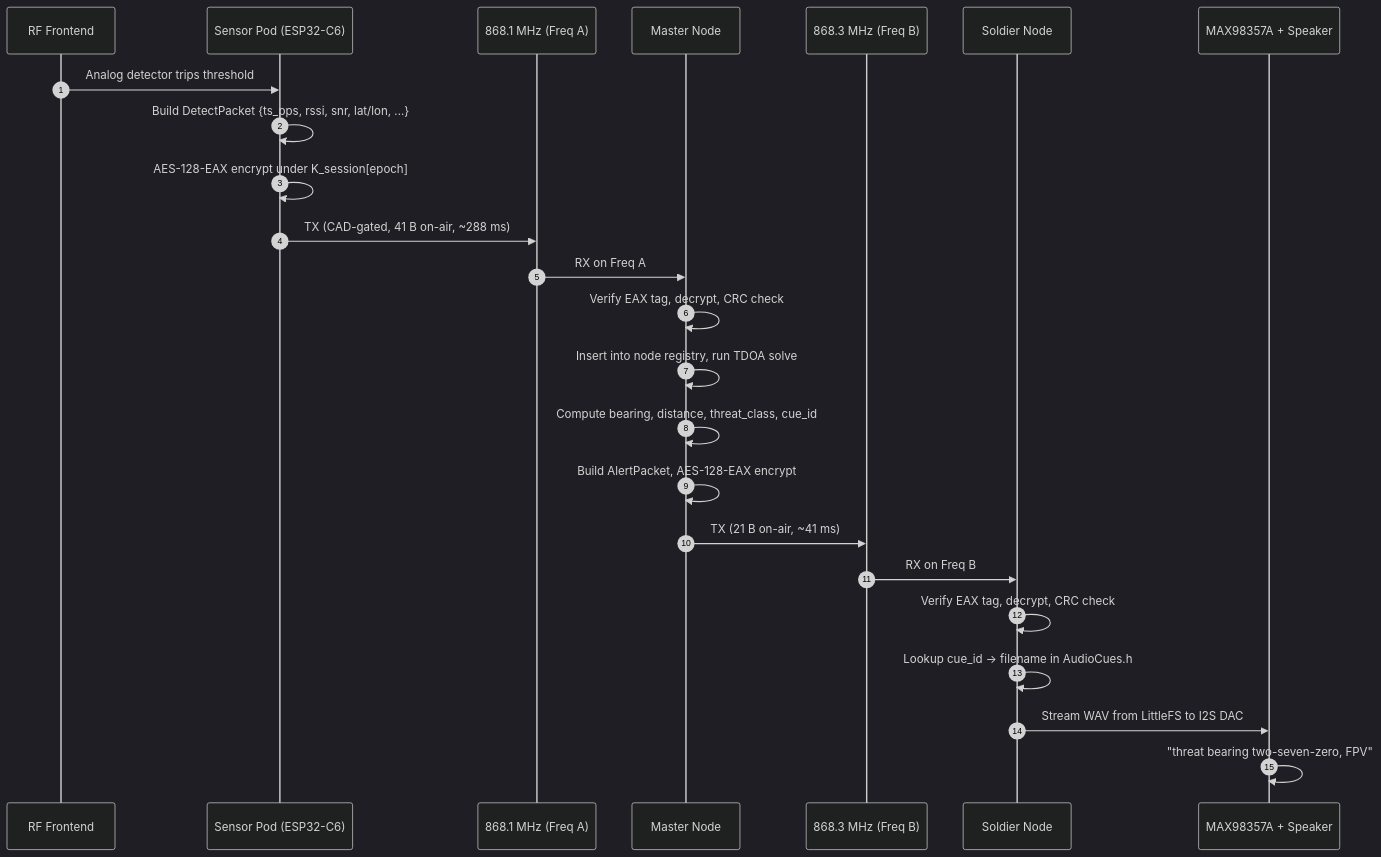
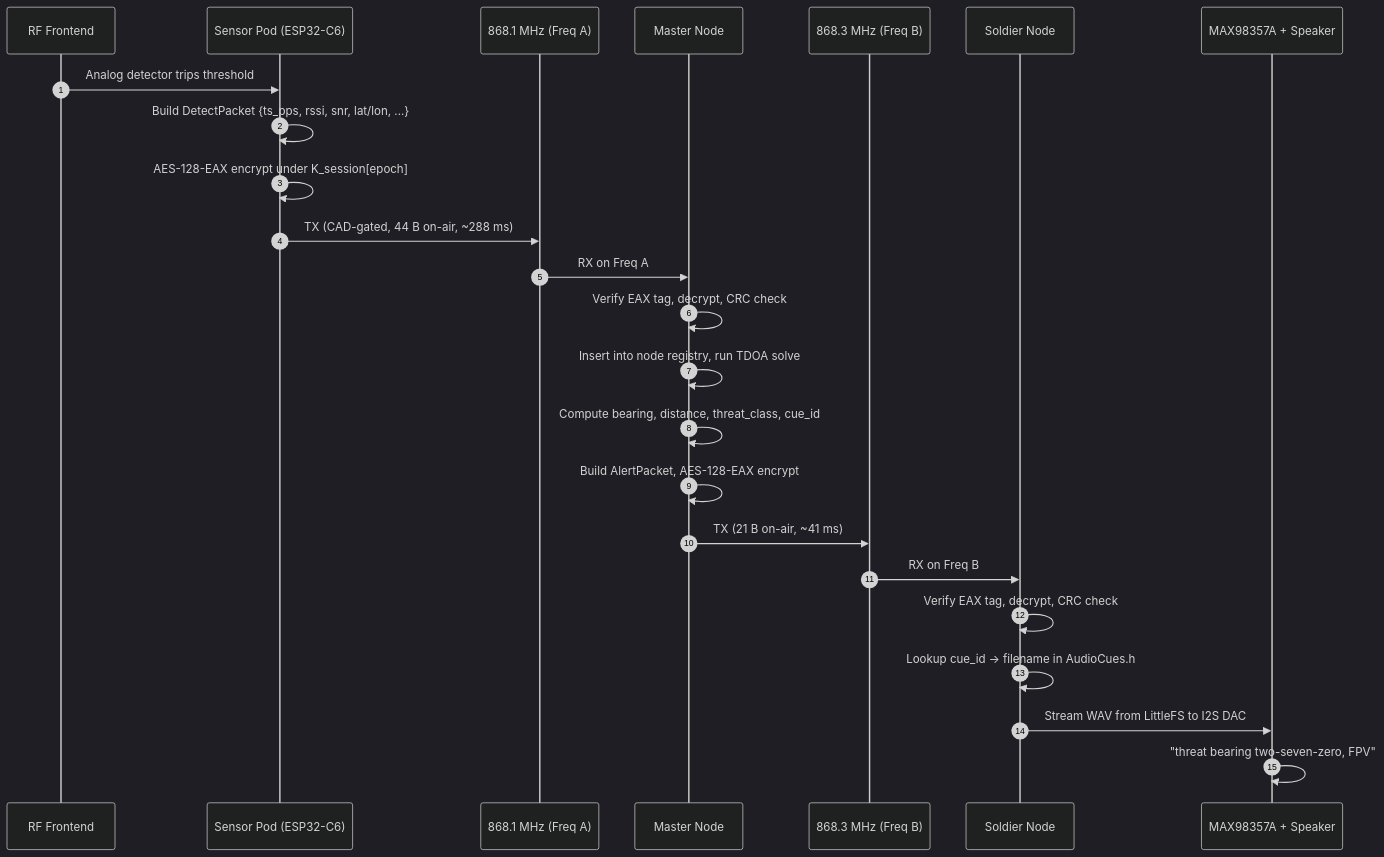
One commit to selectdimensions/Hackathon changed the second of 4 diagrams in ARCHITECTURE.md. Above: the diagram before and after it, drawn with Mermaid (dark theme). The commit also changed 6 other files, not shown here.

````diff
--- a/ARCHITECTURE.md
+++ b/ARCHITECTURE.md
@@ -34,27 +34,27 @@
 ```mermaid
 sequenceDiagram
     autonumber
     participant RF as RF Frontend
     participant Pod as Sensor Pod (ESP32-C6)
     participant LoRaA as 868.1 MHz (Freq A)
     participant Master as Master Node
     participant LoRaB as 868.3 MHz (Freq B)
     participant Soldier as Soldier Node
     participant I2S as MAX98357A + Speaker
 
     RF->>Pod: Analog detector trips threshold
     Pod->>Pod: Build DetectPacket {ts_pps, rssi, snr, lat/lon, ...}
     Pod->>Pod: AES-128-EAX encrypt under K_session[epoch]
-    Pod->>LoRaA: TX (CAD-gated, 41 B on-air, ~288 ms)
+    Pod->>LoRaA: TX (CAD-gated, 44 B on-air, ~288 ms)
     LoRaA->>Master: RX on Freq A
     Master->>Master: Verify EAX tag, decrypt, CRC check
     Master->>Master: Insert into node registry, run TDOA solve
     Master->>Master: Compute bearing, distance, threat_class, cue_id
     Master->>Master: Build AlertPacket, AES-128-EAX encrypt
     Master->>LoRaB: TX (21 B on-air, ~41 ms)
     LoRaB->>Soldier: RX on Freq B
     Soldier->>Soldier: Verify EAX tag, decrypt, CRC check
     Soldier->>Soldier: Lookup cue_id → filename in AudioCues.h
     Soldier->>I2S: Stream WAV from LittleFS to I2S DAC
     I2S->>I2S: "threat bearing two-seven-zero, FPV"
 ```
````
